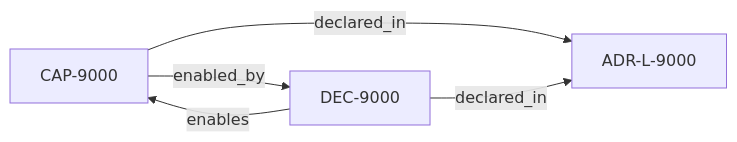
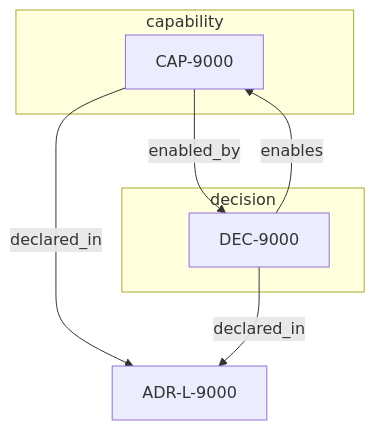
One commit to egallmann/adr-architecture-kit changed the diagram in adrs/adr-projection/logical/ADR-L-9000-kernel-boot-publication-surface.md. Above: the diagram before and after it, drawn with Mermaid. The commit also changed other lines of this file and 177 other files, not shown here.

````diff
--- a/adrs/adr-projection/logical/ADR-L-9000-kernel-boot-publication-surface.md
+++ b/adrs/adr-projection/logical/ADR-L-9000-kernel-boot-publication-surface.md
@@ -31,10 +50,14 @@
 ```mermaid
-flowchart LR
-  n_019fee89_e617_7410_8c37_e302d20b9f8b["CAP-9000"]
-  n_019fee89_e617_793a_b537_a492afa6f167["DEC-9000"]
+flowchart TB
   n_019fee89_e617_7ceb_a437_474762adbfc2["ADR-L-9000"]
+  subgraph sg_capability["capability"]
+    n_019fee89_e617_7410_8c37_e302d20b9f8b["CAP-9000"]
+  end
+  subgraph sg_decision["decision"]
+    n_019fee89_e617_793a_b537_a492afa6f167["DEC-9000"]
+  end
   n_019fee89_e617_7410_8c37_e302d20b9f8b -->|"declared_in"| n_019fee89_e617_7ceb_a437_474762adbfc2
   n_019fee89_e617_793a_b537_a492afa6f167 -->|"declared_in"| n_019fee89_e617_7ceb_a437_474762adbfc2
   n_019fee89_e617_7410_8c37_e302d20b9f8b -->|"enabled_by"| n_019fee89_e617_793a_b537_a492afa6f167
   n_019fee89_e617_793a_b537_a492afa6f167 -->|"enables"| n_019fee89_e617_7410_8c37_e302d20b9f8b
 ```
````
